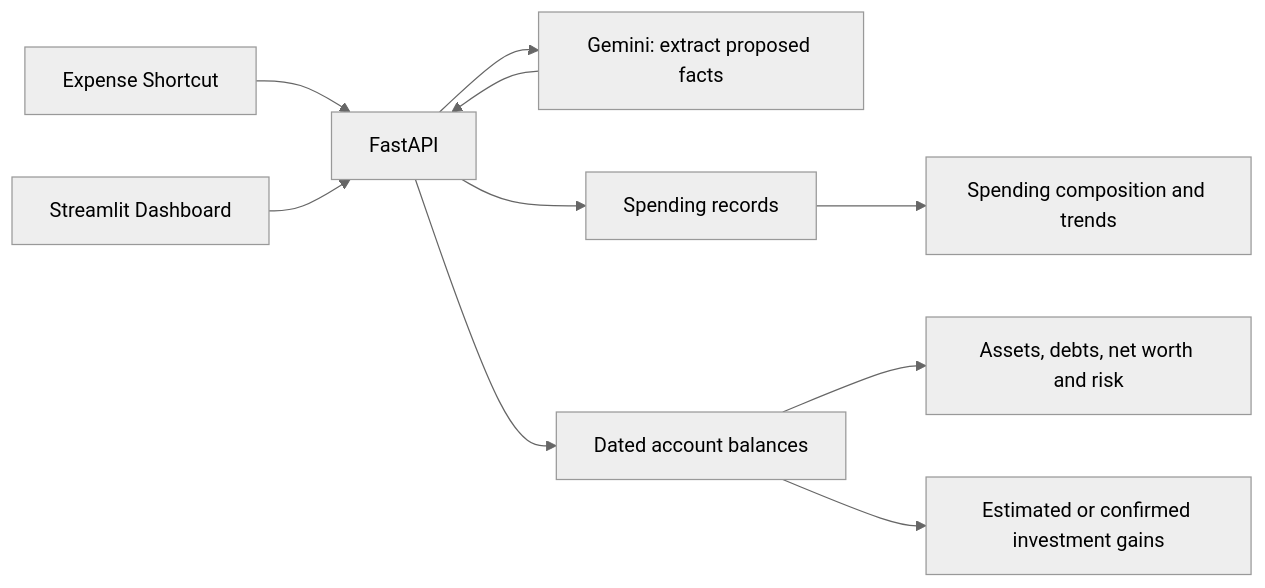
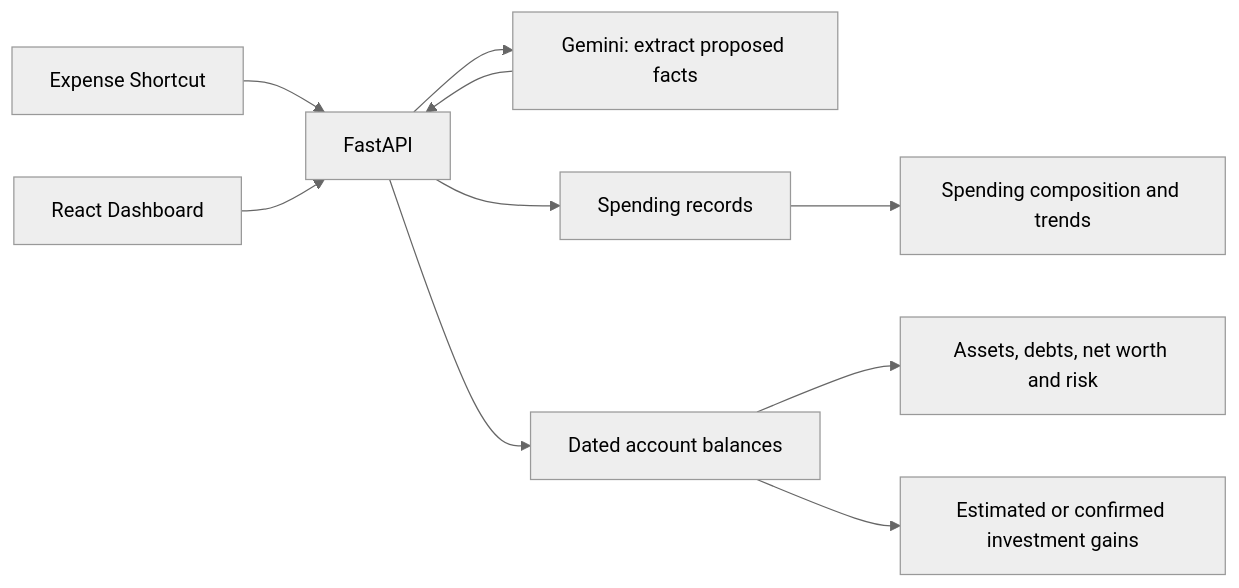
The diagram in TARGET_DOMAIN_MODEL.md (xuesishen9587-del/VibeLedger), drawn with Mermaid (neutral theme) before and after one commit. The commit also changed other lines of this file and 129 other files, not shown here.

````diff
--- a/TARGET_DOMAIN_MODEL.md
+++ b/TARGET_DOMAIN_MODEL.md
@@ -32,12 +32,12 @@
 ```mermaid
 flowchart LR
     Phone[Expense Shortcut] --> API[FastAPI]
-    UI[Streamlit Dashboard] --> API
+    UI[React Dashboard] --> API
     API --> AI[Gemini: extract proposed facts]
     AI --> API
     API --> Spending[Spending records]
     API --> Balances[Dated account balances]
     Balances --> Wealth[Assets, debts, net worth and risk]
     Balances --> Gains[Estimated or confirmed investment gains]
     Spending --> Habits[Spending composition and trends]
 ```
````
